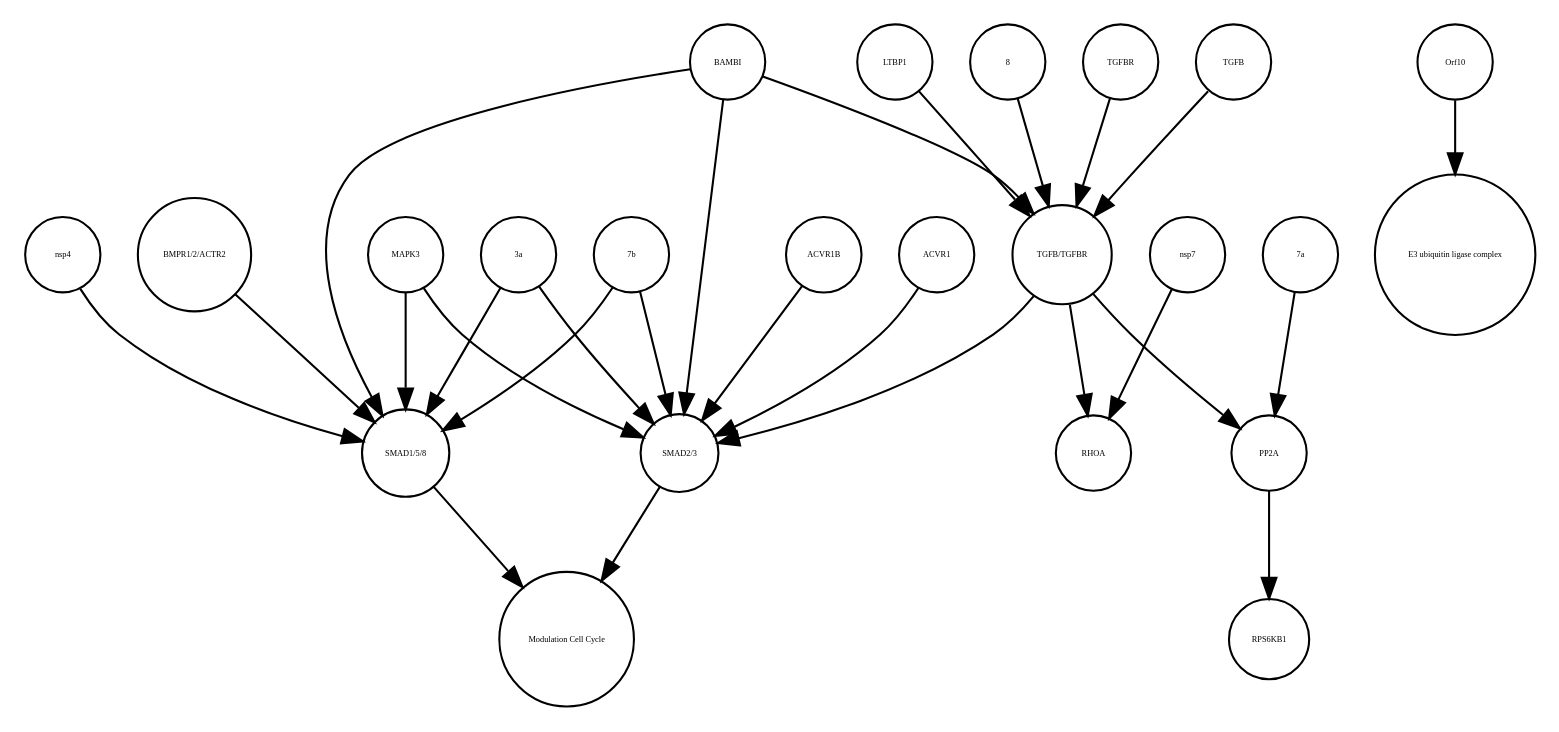
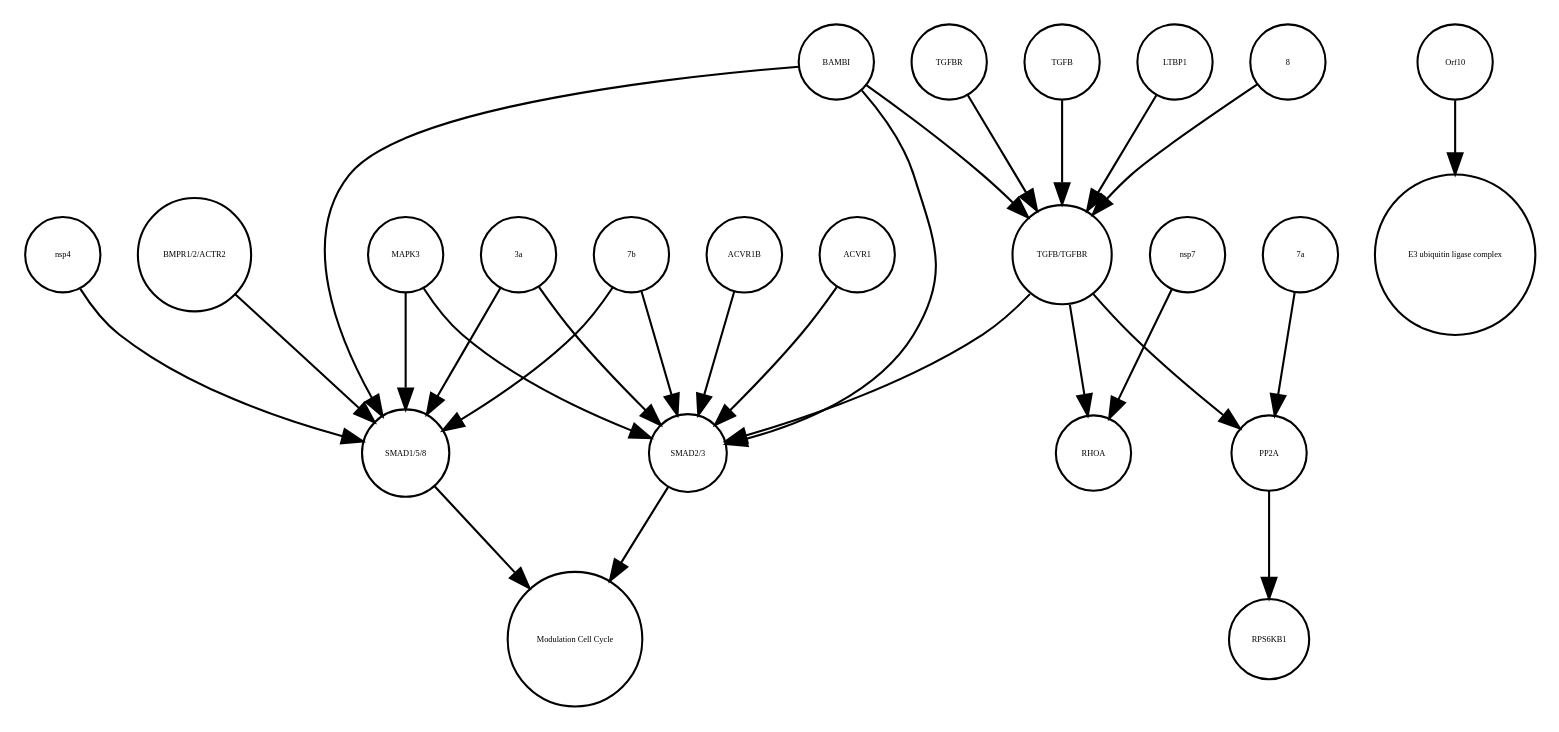
Before and after one commit to cannin/covid19-sbgn: the diagram in TGFB_pathway_stable.xml_projected.dot, drawn with Graphviz. The commit also changed other lines of this file and 564 other files, not shown here.

```diff
--- a/TGFB_pathway_stable.xml_projected.dot
+++ b/TGFB_pathway_stable.xml_projected.dot
@@ -1,51 +1,51 @@
 strict digraph  {
 "SMAD1/5/8" [annotation="", bipartite=0, cls=complex, fontsize=4, label="SMAD1/5/8", shape=circle];
 "Modulation Cell Cycle" [annotation="", bipartite=0, cls=phenotype, fontsize=4, label="Modulation Cell Cycle", shape=circle];
 "SMAD2/3" [annotation="", bipartite=0, cls=complex, fontsize=4, label="SMAD2/3", shape=circle];
+nsp4 [annotation="", bipartite=0, cls=macromolecule, fontsize=4, label=nsp4, shape=circle];
+ACVR1B [annotation="", bipartite=0, cls=macromolecule, fontsize=4, label=ACVR1B, shape=circle];
+"BMPR1/2/ACTR2" [annotation="", bipartite=0, cls=complex, fontsize=4, label="BMPR1/2/ACTR2", shape=circle];
+"E3 ubiquitin ligase complex" [annotation="", bipartite=0, cls=complex, fontsize=4, label="E3 ubiquitin ligase complex", shape=circle];
+TGFB [annotation="", bipartite=0, cls=macromolecule, fontsize=4, label=TGFB, shape=circle];
+RHOA [annotation="", bipartite=0, cls=macromolecule, fontsize=4, label=RHOA, shape=circle];
+"TGFB/TGFBR" [annotation="", bipartite=0, cls=complex, fontsize=4, label="TGFB/TGFBR", shape=circle];
+LTBP1 [annotation="", bipartite=0, cls=macromolecule, fontsize=4, label=LTBP1, shape=circle];
+ACVR1 [annotation="", bipartite=0, cls=macromolecule, fontsize=4, label=ACVR1, shape=circle];
 MAPK3 [annotation="", bipartite=0, cls=macromolecule, fontsize=4, label=MAPK3, shape=circle];
-nsp4 [annotation="", bipartite=0, cls=macromolecule, fontsize=4, label=nsp4, shape=circle];
+"7a" [annotation="", bipartite=0, cls=macromolecule, fontsize=4, label="7a", shape=circle];
+"3a" [annotation="", bipartite=0, cls=macromolecule, fontsize=4, label="3a", shape=circle];
+Orf10 [annotation=urn_miriam_ncbiprotein_BCD58762, bipartite=0, cls=macromolecule, fontsize=4, label=Orf10, shape=circle];
+BAMBI [annotation="", bipartite=0, cls=macromolecule, fontsize=4, label=BAMBI, shape=circle];
+8 [annotation="", bipartite=0, cls=macromolecule, fontsize=4, label=8, shape=circle];
+PP2A [annotation="", bipartite=0, cls=complex, fontsize=4, label=PP2A, shape=circle];
+TGFBR [annotation="", bipartite=0, cls=complex, fontsize=4, label=TGFBR, shape=circle];
+nsp7 [annotation="", bipartite=0, cls=macromolecule, fontsize=4, label=nsp7, shape=circle];
 RPS6KB1 [annotation="", bipartite=0, cls=macromolecule, fontsize=4, label=RPS6KB1, shape=circle];
-"TGFB/TGFBR" [annotation="", bipartite=0, cls=complex, fontsize=4, label="TGFB/TGFBR", shape=circle];
-"7a" [annotation="", bipartite=0, cls=macromolecule, fontsize=4, label="7a", shape=circle];
-"BMPR1/2/ACTR2" [annotation="", bipartite=0, cls=complex, fontsize=4, label="BMPR1/2/ACTR2", shape=circle];
-Orf10 [annotation=urn_miriam_ncbiprotein_BCD58762, bipartite=0, cls=macromolecule, fontsize=4, label=Orf10, shape=circle];
-RHOA [annotation="", bipartite=0, cls=macromolecule, fontsize=4, label=RHOA, shape=circle];
-8 [annotation="", bipartite=0, cls=macromolecule, fontsize=4, label=8, shape=circle];
-TGFBR [annotation="", bipartite=0, cls=complex, fontsize=4, label=TGFBR, shape=circle];
-TGFB [annotation="", bipartite=0, cls=macromolecule, fontsize=4, label=TGFB, shape=circle];
-BAMBI [annotation="", bipartite=0, cls=macromolecule, fontsize=4, label=BAMBI, shape=circle];
-PP2A [annotation="", bipartite=0, cls=complex, fontsize=4, label=PP2A, shape=circle];
-ACVR1B [annotation="", bipartite=0, cls=macromolecule, fontsize=4, label=ACVR1B, shape=circle];
-LTBP1 [annotation="", bipartite=0, cls=macromolecule, fontsize=4, label=LTBP1, shape=circle];
-"3a" [annotation="", bipartite=0, cls=macromolecule, fontsize=4, label="3a", shape=circle];
-ACVR1 [annotation="", bipartite=0, cls=macromolecule, fontsize=4, label=ACVR1, shape=circle];
 "7b" [annotation="", bipartite=0, cls=macromolecule, fontsize=4, label="7b", shape=circle];
-nsp7 [annotation="", bipartite=0, cls=macromolecule, fontsize=4, label=nsp7, shape=circle];
-"E3 ubiquitin ligase complex" [annotation="", bipartite=0, cls=complex, fontsize=4, label="E3 ubiquitin ligase complex", shape=circle];
 "SMAD1/5/8" -> "Modulation Cell Cycle"  [annotation="", interaction_type=stimulation];
 "SMAD2/3" -> "Modulation Cell Cycle"  [annotation="", interaction_type=stimulation];
+nsp4 -> "SMAD1/5/8"  [annotation="urn_miriam_doi_10.1101%2F2020.06.17.156455", interaction_type=stimulation];
+ACVR1B -> "SMAD2/3"  [annotation="urn_miriam_doi_10.1101%2F2020.06.17.156455", interaction_type=catalysis];
+"BMPR1/2/ACTR2" -> "SMAD1/5/8"  [annotation="urn_miriam_doi_10.1101%2F2020.06.17.156455", interaction_type=catalysis];
+TGFB -> "TGFB/TGFBR"  [annotation="", interaction_type=production];
+"TGFB/TGFBR" -> "SMAD2/3"  [annotation="urn_miriam_doi_10.1101%2F2020.06.17.156455", interaction_type=stimulation];
+"TGFB/TGFBR" -> PP2A  [annotation="urn_miriam_doi_10.1101%2F2020.03.31.019216", interaction_type=stimulation];
+"TGFB/TGFBR" -> RHOA  [annotation="urn_miriam_doi_10.1101%2F2020.06.17.156455", interaction_type=stimulation];
+LTBP1 -> "TGFB/TGFBR"  [annotation="urn_miriam_doi_10.1101%2F2020.06.17.156455", interaction_type=inhibition];
+ACVR1 -> "SMAD2/3"  [annotation="urn_miriam_doi_10.1101%2F2020.06.17.156455", interaction_type=catalysis];
 MAPK3 -> "SMAD2/3"  [annotation="urn_miriam_doi_10.1101%2F2020.06.17.156455", interaction_type=inhibition];
 MAPK3 -> "SMAD1/5/8"  [annotation="urn_miriam_doi_10.1101%2F2020.06.17.156455", interaction_type=inhibition];
-nsp4 -> "SMAD1/5/8"  [annotation="urn_miriam_doi_10.1101%2F2020.06.17.156455", interaction_type=stimulation];
-"TGFB/TGFBR" -> PP2A  [annotation="urn_miriam_doi_10.1101%2F2020.03.31.019216", interaction_type=stimulation];
-"TGFB/TGFBR" -> "SMAD2/3"  [annotation="urn_miriam_doi_10.1101%2F2020.06.17.156455", interaction_type=stimulation];
-"TGFB/TGFBR" -> RHOA  [annotation="urn_miriam_doi_10.1101%2F2020.06.17.156455", interaction_type=stimulation];
 "7a" -> PP2A  [annotation="urn_miriam_doi_10.1101%2F2020.03.31.019216", interaction_type=stimulation];
-"BMPR1/2/ACTR2" -> "SMAD1/5/8"  [annotation="urn_miriam_doi_10.1101%2F2020.06.17.156455", interaction_type=catalysis];
+"3a" -> "SMAD2/3"  [annotation="urn_miriam_doi_10.1101%2F2020.06.17.156455", interaction_type=stimulation];
+"3a" -> "SMAD1/5/8"  [annotation="urn_miriam_doi_10.1101%2F2020.06.17.156455", interaction_type=stimulation];
 Orf10 -> "E3 ubiquitin ligase complex"  [annotation="", interaction_type=production];
-8 -> "TGFB/TGFBR"  [annotation="urn_miriam_doi_10.1101%2F2020.06.17.156455", interaction_type=stimulation];
-TGFBR -> "TGFB/TGFBR"  [annotation="", interaction_type=production];
-TGFB -> "TGFB/TGFBR"  [annotation="", interaction_type=production];
-BAMBI -> "TGFB/TGFBR"  [annotation="urn_miriam_doi_10.1101%2F2020.06.17.156455", interaction_type=inhibition];
 BAMBI -> "SMAD2/3"  [annotation="urn_miriam_doi_10.1101%2F2020.06.17.156455", interaction_type=inhibition];
 BAMBI -> "SMAD1/5/8"  [annotation="urn_miriam_doi_10.1101%2F2020.06.17.156455", interaction_type=inhibition];
+BAMBI -> "TGFB/TGFBR"  [annotation="urn_miriam_doi_10.1101%2F2020.06.17.156455", interaction_type=inhibition];
+8 -> "TGFB/TGFBR"  [annotation="urn_miriam_doi_10.1101%2F2020.06.17.156455", interaction_type=stimulation];
 PP2A -> RPS6KB1  [annotation="", interaction_type=catalysis];
-ACVR1B -> "SMAD2/3"  [annotation="urn_miriam_doi_10.1101%2F2020.06.17.156455", interaction_type=catalysis];
-LTBP1 -> "TGFB/TGFBR"  [annotation="urn_miriam_doi_10.1101%2F2020.06.17.156455", interaction_type=inhibition];
-"3a" -> "SMAD2/3"  [annotation="urn_miriam_doi_10.1101%2F2020.06.17.156455", interaction_type=stimulation];
-"3a" -> "SMAD1/5/8"  [annotation="urn_miriam_doi_10.1101%2F2020.06.17.156455", interaction_type=stimulation];
-ACVR1 -> "SMAD2/3"  [annotation="urn_miriam_doi_10.1101%2F2020.06.17.156455", interaction_type=catalysis];
+TGFBR -> "TGFB/TGFBR"  [annotation="", interaction_type=production];
+nsp7 -> RHOA  [annotation="urn_miriam_doi_10.1101%2F2020.06.17.156455", interaction_type=stimulation];
 "7b" -> "SMAD2/3"  [annotation="urn_miriam_doi_10.1101%2F2020.06.17.156455", interaction_type=stimulation];
 "7b" -> "SMAD1/5/8"  [annotation="urn_miriam_doi_10.1101%2F2020.06.17.156455", interaction_type=stimulation];
-nsp7 -> RHOA  [annotation="urn_miriam_doi_10.1101%2F2020.06.17.156455", interaction_type=stimulation];
 }
```
